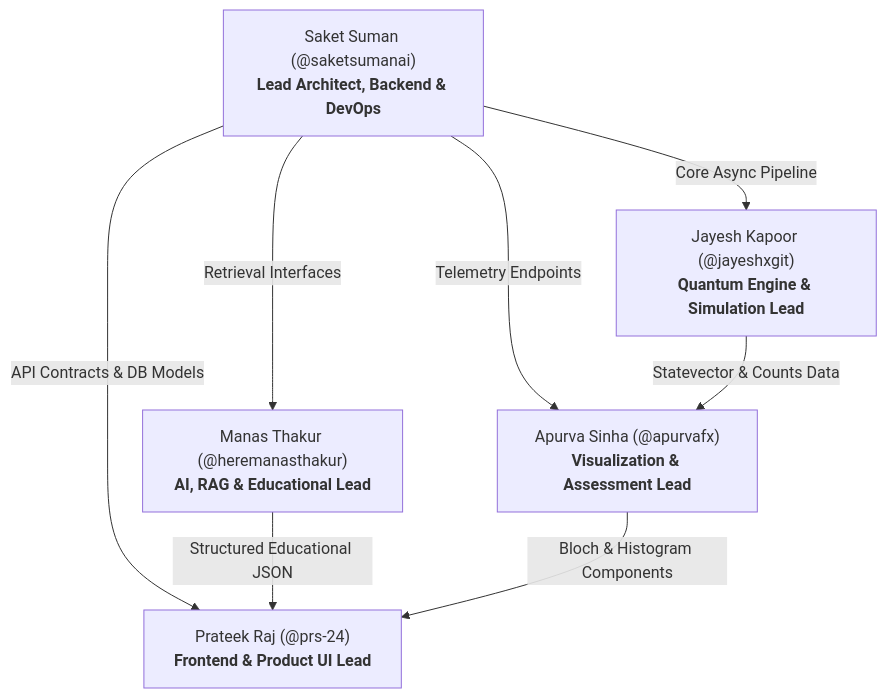
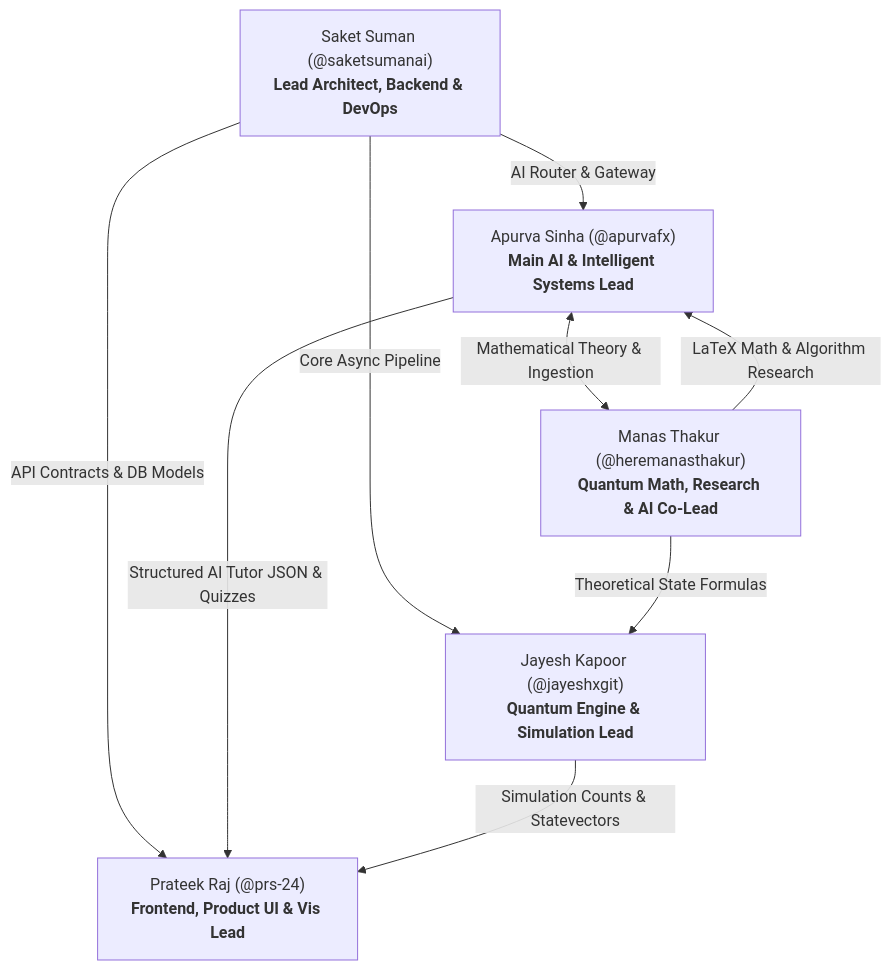
One commit to saketsumanai/Quantum-Project changed the diagram in docs/TEAM_PLAN.md. Above: the diagram before and after it, drawn with Mermaid. The commit also changed other lines of this file and 3 other files, not shown here.

Commit message:
docs(team): update roles to designate Apurva as main AI lead and Manas as math research & AI co-lead

````diff
--- a/docs/TEAM_PLAN.md
+++ b/docs/TEAM_PLAN.md
@@ -10,17 +10,18 @@
 ```mermaid
 graph TD
     M5["Saket Suman (@saketsumanai)<br><b>Lead Architect, Backend & DevOps</b>"]
-    M1["Prateek Raj (@prs-24)<br><b>Frontend & Product UI Lead</b>"]
+    M1["Prateek Raj (@prs-24)<br><b>Frontend, Product UI & Vis Lead</b>"]
     M2["Jayesh Kapoor (@jayeshxgit)<br><b>Quantum Engine & Simulation Lead</b>"]
-    M3["Manas Thakur (@heremanasthakur)<br><b>AI, RAG & Educational Lead</b>"]
-    M4["Apurva Sinha (@apurvafx)<br><b>Visualization & Assessment Lead</b>"]
+    M4["Apurva Sinha (@apurvafx)<br><b>Main AI & Intelligent Systems Lead</b>"]
+    M3["Manas Thakur (@heremanasthakur)<br><b>Quantum Math, Research & AI Co-Lead</b>"]
 
     M5 -->|API Contracts & DB Models| M1
     M5 -->|Core Async Pipeline| M2
-    M5 -->|Retrieval Interfaces| M3
-    M5 -->|Telemetry Endpoints| M4
+    M5 -->|AI Router & Gateway| M4
+    M4 <-->|Mathematical Theory & Ingestion| M3
 
-    M2 -->|Statevector & Counts Data| M4
-    M3 -->|Structured Educational JSON| M1
-    M4 -->|Bloch & Histogram Components| M1
+    M3 -->|LaTeX Math & Algorithm Research| M4
+    M3 -->|Theoretical State Formulas| M2
+    M4 -->|Structured AI Tutor JSON & Quizzes| M1
+    M2 -->|Simulation Counts & Statevectors| M1
 ```
````
